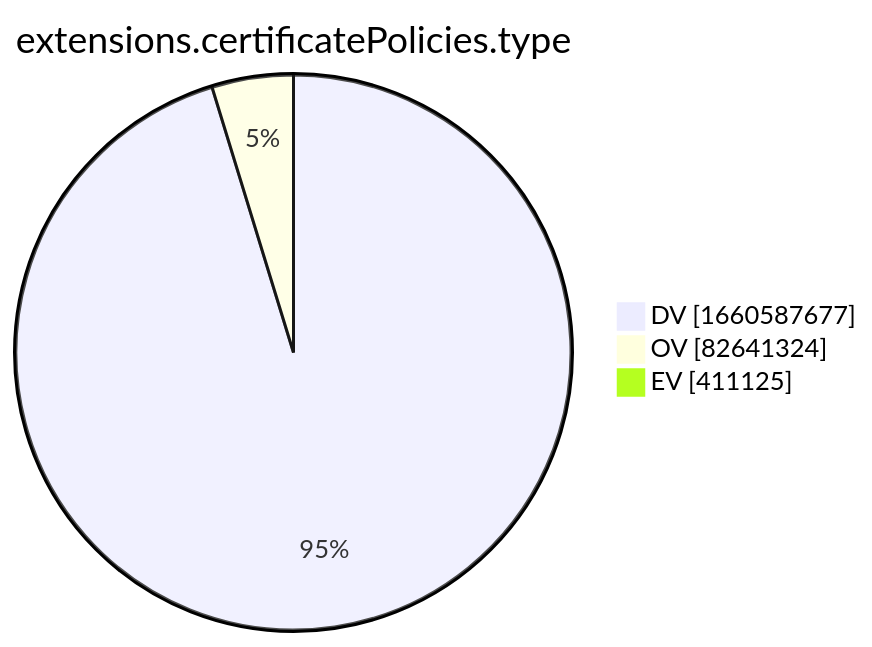
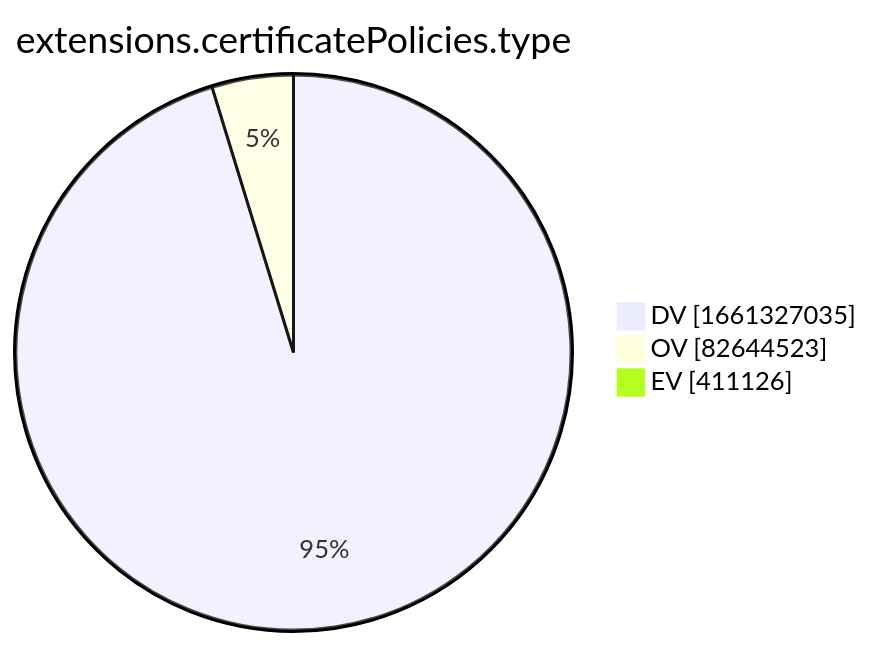
Before and after one commit to christiankrug/ctmonitor_visualization: the tenth of 15 diagrams in xenon2022/README.md, drawn with Mermaid. The commit also changed other lines of this file, not shown here.

````diff
--- a/xenon2022/README.md
+++ b/xenon2022/README.md
@@ -2880,7 +2880,7 @@
 ```mermaid
 pie showData
 title extensions.certificatePolicies.type
-"DV" :1660587677
-"OV" :82641324
-"EV" :411125
+"DV" :1661327035
+"OV" :82644523
+"EV" :411126
 ```
````
